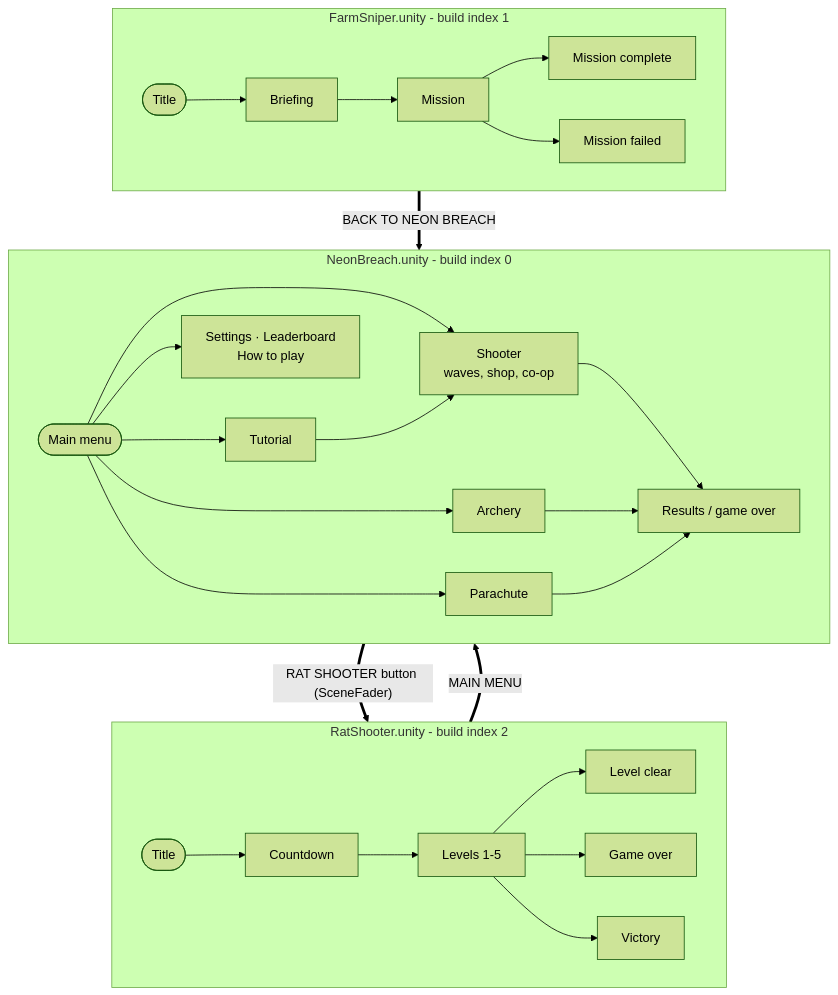
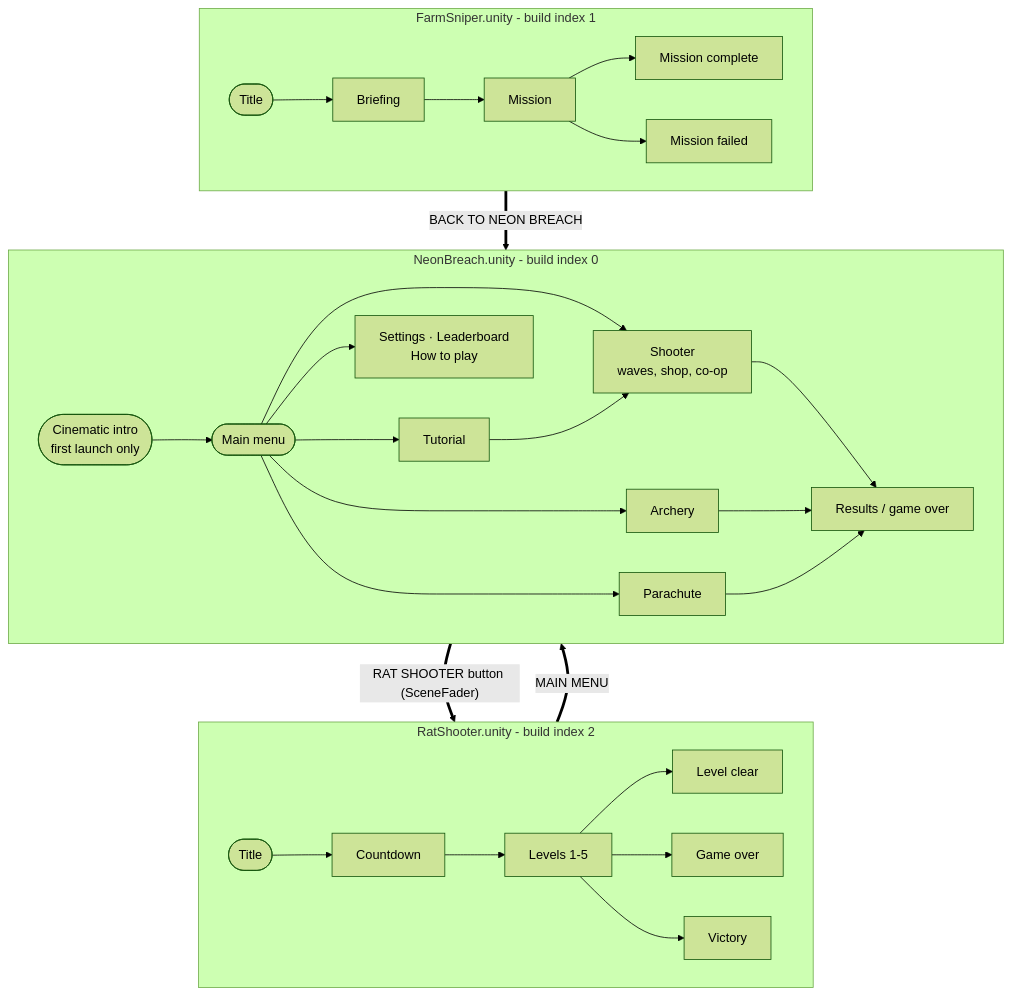
One commit to sawantyash07/ARVR-EndSem-Project-The-NeonBreach- changed the second of 11 diagrams in README.md. Above: the diagram before and after it, drawn with Mermaid (forest theme). The commit also changed other lines of this file and 37 other files, not shown here.

Commit message:
Add cinematic startup intro, update ESE report, and update README

````diff
--- a/README.md
+++ b/README.md
@@ -110,41 +110,43 @@
 ```mermaid
 flowchart TB
     subgraph S0["NeonBreach.unity - build index 0"]
         direction LR
+        INTRO(["Cinematic intro<br/>first launch only"])
         MENU(["Main menu"])
         SH["Shooter<br/>waves, shop, co-op"]
         AR["Archery"]
         PA["Parachute"]
         TUT["Tutorial"]
         OPT["Settings · Leaderboard<br/>How to play"]
         RES["Results / game over"]
+        INTRO --> MENU
         MENU --> SH
         MENU --> AR
         MENU --> PA
         MENU --> TUT
         MENU --> OPT
         TUT --> SH
         SH --> RES
         AR --> RES
         PA --> RES
     end
 
     subgraph S2["RatShooter.unity - build index 2"]
         direction LR
         RT(["Title"]) --> RC["Countdown"] --> RL["Levels 1-5"]
         RL --> RLC["Level clear"]
         RL --> RGO["Game over"]
         RL --> RV["Victory"]
     end
 
     subgraph S1["FarmSniper.unity - build index 1"]
         direction LR
         FT(["Title"]) --> FB["Briefing"] --> FP["Mission"]
         FP --> FV["Mission complete"]
         FP --> FF["Mission failed"]
     end
 
     S0 ==>|"RAT SHOOTER button (SceneFader)"| S2
     S2 ==>|MAIN MENU| S0
     S1 ==>|BACK TO NEON BREACH| S0
 ```
````
